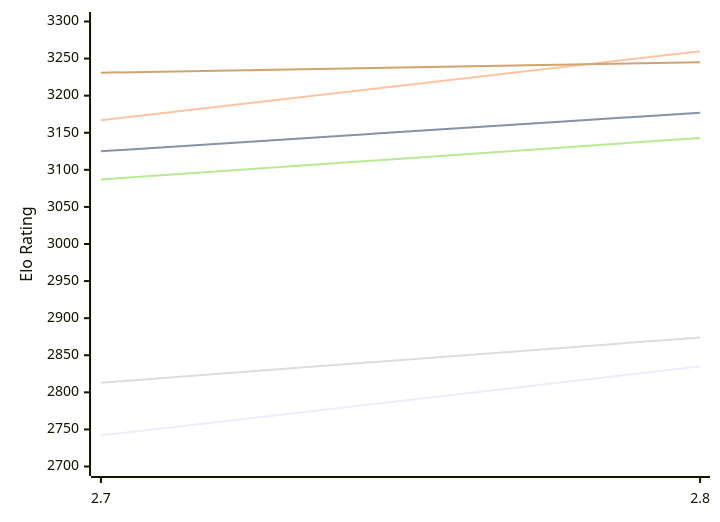
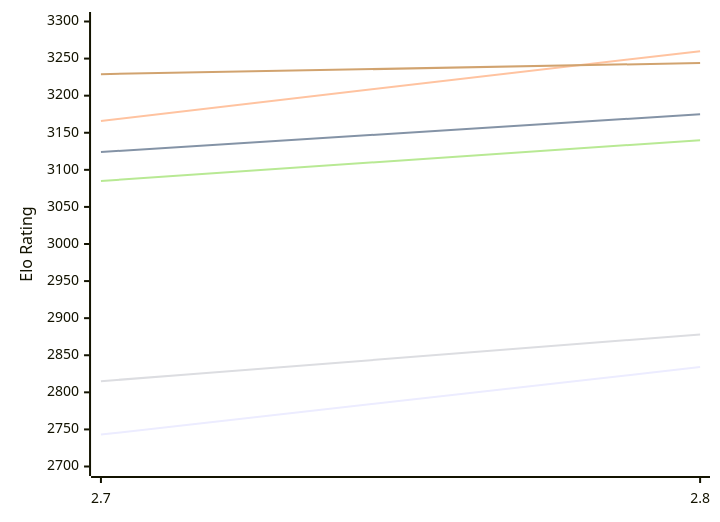
The first of 2 diagrams in engines/Arcanum.md (computer-chess-index/cci), drawn with Mermaid before and after one commit. The commit also changed other lines of this file, not shown here.

Commit message:
Update CCI Ratings (ELO VLTC) - 2026-11-19

````diff
--- a/engines/Arcanum.md
+++ b/engines/Arcanum.md
@@ -50,12 +50,12 @@
 ```mermaid
 %%{init: {"theme":"base","themeVariables":{"seriesColors:['#a3a3a3','#222221','#faa371']}}}%%
 xychart-beta
   x-axis ["2.7", "2.8"]
   y-axis "Elo Rating" 2700 --> 3300
-  line "E1: STC (8.0+0.08s)" [2742, 2835]
-  line "E1: LTC (60.0+0.60s)" [3125, 3177]
-  line "E1: VLTC (2m24s+1.12s)" [3167, 3260]
-  line "P1: STC (8.0+0.08s)" [2813, 2874]
-  line "P1: LTC (60.0+0.60s)" [3087, 3143]
-  line "P1: VLTC (2m24s+1.12s)" [3231, 3245]
+  line "E1: STC (8.0+0.08s)" [2743, 2834]
+  line "E1: LTC (60.0+0.60s)" [3124, 3175]
+  line "E1: VLTC (2m24s+1.12s)" [3166, 3260]
+  line "P1: STC (8.0+0.08s)" [2815, 2878]
+  line "P1: LTC (60.0+0.60s)" [3085, 3140]
+  line "P1: VLTC (2m24s+1.12s)" [3229, 3244]
 ```
````
